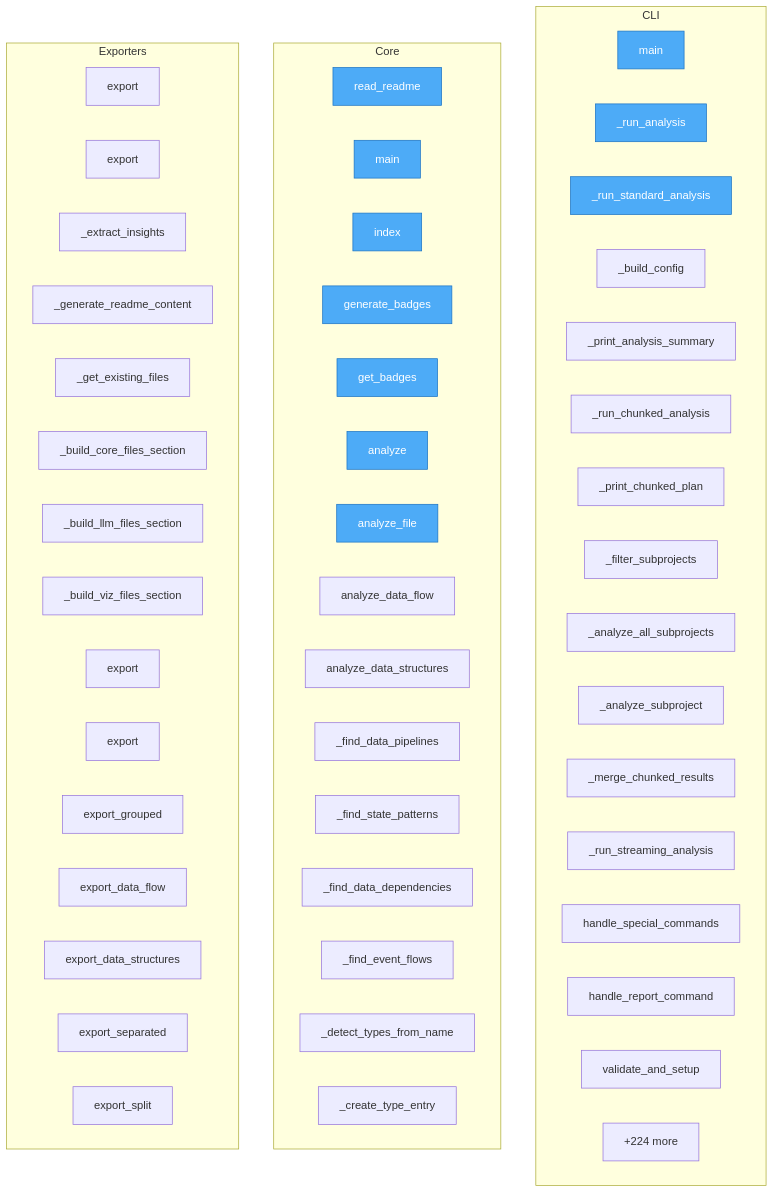
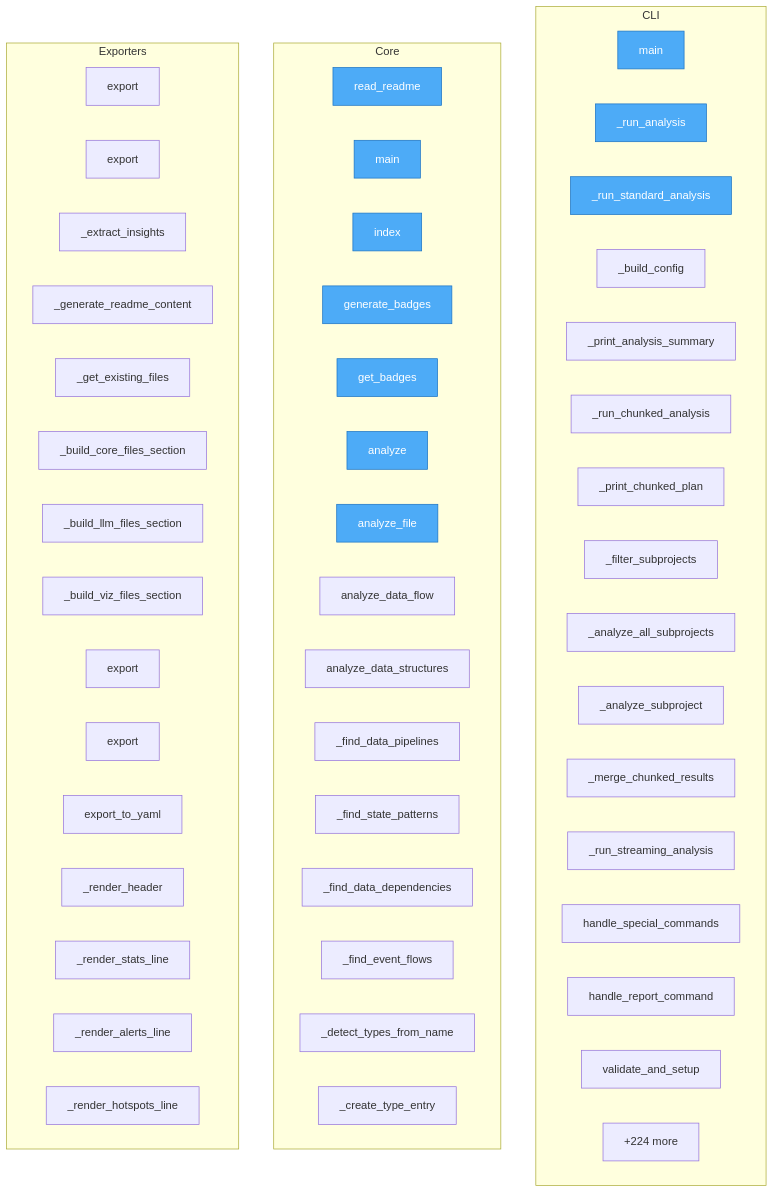
One commit to wronai/code2llm changed the diagram in project/flow.mmd. Above: the diagram before and after it, drawn with Mermaid. The commit also changed 16 other files, not shown here.

First line of the commit message:
refactor(docs): code analysis engine

```diff
--- a/project/flow.mmd
+++ b/project/flow.mmd
@@ -1,63 +1,63 @@
 flowchart TD
 
     %% Entry points (blue)
     classDef entry fill:#4dabf7,stroke:#1971c2,color:#fff
 
     subgraph CLI
         code2llm__cli__main["main"]
         code2llm__cli_analysis___run_analysis["_run_analysis"]
         code2llm__cli_analysis___run_standard_analysis["_run_standard_analysis"]
         code2llm__cli_analysis___build_config["_build_config"]
         code2llm__cli_analysis___print_analysis_summary["_print_analysis_summary"]
         code2llm__cli_analysis___run_chunked_analysis["_run_chunked_analysis"]
         code2llm__cli_analysis___print_chunked_plan["_print_chunked_plan"]
         code2llm__cli_analysis___filter_subprojects["_filter_subprojects"]
         code2llm__cli_analysis___analyze_all_subprojects["_analyze_all_subprojects"]
         code2llm__cli_analysis___analyze_subproject["_analyze_subproject"]
         code2llm__cli_analysis___merge_chunked_results["_merge_chunked_results"]
         code2llm__cli_analysis___run_streaming_analysis["_run_streaming_analysis"]
         code2llm__cli_commands__handle_special_commands["handle_special_commands"]
         code2llm__cli_commands__handle_report_command["handle_report_command"]
         code2llm__cli_commands__validate_and_setup["validate_and_setup"]
         ...["+44 more"]
     end
 
     subgraph Core
         setup__read_readme["read_readme"]
         validate_toon__main["main"]
         badges__server__index["index"]
         badges__server__generate_badges["generate_badges"]
         badges__server__get_badges["get_badges"]
         code2llm__api__analyze["analyze"]
         code2llm__api__analyze_file["analyze_file"]
         code2llm__DataAnalyzer__analyze_data_flow["analyze_data_flow"]
         code2llm__DataAnalyzer__analyze_data_structures["analyze_data_structures"]
         code2llm__DataAnalyzer___find_data_pipelines["_find_data_pipelines"]
         code2llm__DataAnalyzer___find_state_patterns["_find_state_patterns"]
         code2llm__DataAnalyzer___find_data_dependencies["_find_data_dependencies"]
         code2llm__DataAnalyzer___find_event_flows["_find_event_flows"]
         code2llm__DataAnalyzer___detect_types_from_name["_detect_types_from_name"]
         code2llm__DataAnalyzer___create_type_entry["_create_type_entry"]
         ...["+291 more"]
     end
 
     subgraph Exporters
         code2llm__exporters__base__Exporter__export["export"]
         code2llm__exporters__readme_exporter__READMEExporter__export["export"]
         code2llm__READMEExporter___extract_insights["_extract_insights"]
         code2llm__READMEExporter___generate_readme_content["_generate_readme_content"]
         code2llm__READMEExporter___get_existing_files["_get_existing_files"]
         code2llm__READMEExporter___build_core_files_section["_build_core_files_section"]
         code2llm__READMEExporter___build_llm_files_section["_build_llm_files_section"]
         code2llm__READMEExporter___build_viz_files_section["_build_viz_files_section"]
         code2llm__exporters__json_exporter__JSONExporter__export["export"]
-        code2llm__exporters__yaml_exporter__YAMLExporter__export["export"]
-        code2llm__YAMLExporter__export_grouped["export_grouped"]
-        code2llm__YAMLExporter__export_data_flow["export_data_flow"]
-        code2llm__YAMLExporter__export_data_structures["export_data_structures"]
-        code2llm__YAMLExporter__export_separated["export_separated"]
-        code2llm__YAMLExporter__export_split["export_split"]
+        code2llm__exporters__map_exporter__MapExporter__export["export"]
+        code2llm__MapExporter__export_to_yaml["export_to_yaml"]
+        code2llm__MapExporter___render_header["_render_header"]
+        code2llm__MapExporter___render_stats_line["_render_stats_line"]
+        code2llm__MapExporter___render_alerts_line["_render_alerts_line"]
+        code2llm__MapExporter___render_hotspots_line["_render_hotspots_line"]
         ...["+224 more"]
     end
 
-    class setup__read_readme,validate_toon__main,code2llm__cli__main,badges__server__index,badges__server__generate_badges,badges__server__get_badges,code2llm__api__analyze,code2llm__api__analyze_file,code2llm__cli_analysis___run_analysis,code2llm__cli_analysis___run_standard_analysis entry
+    class setup__read_readme,validate_toon__main,badges__server__index,badges__server__generate_badges,badges__server__get_badges,code2llm__cli__main,code2llm__api__analyze,code2llm__api__analyze_file,code2llm__cli_analysis___run_analysis,code2llm__cli_analysis___run_standard_analysis entry
```
